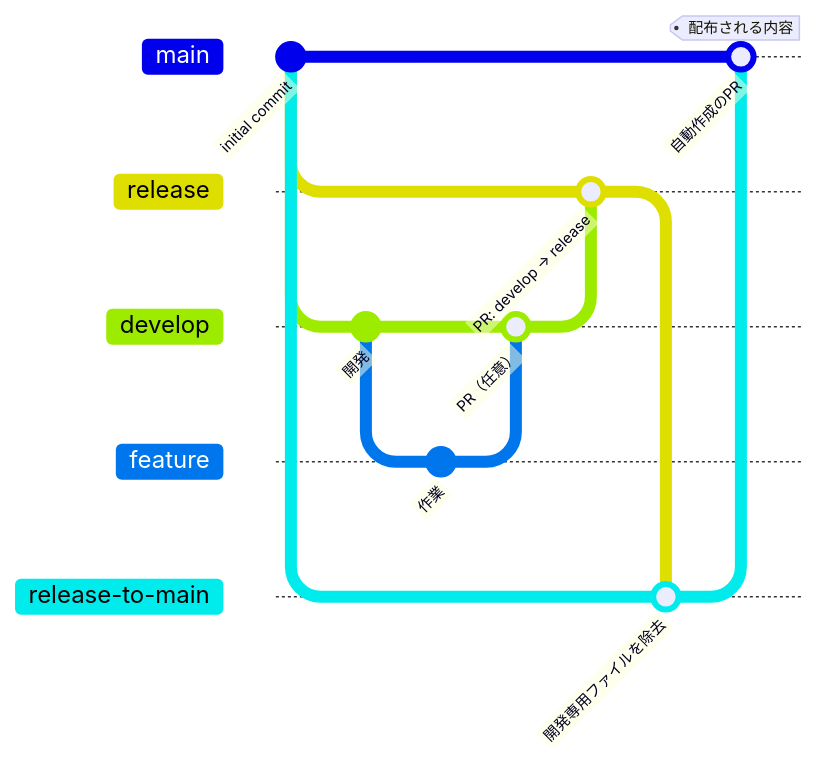
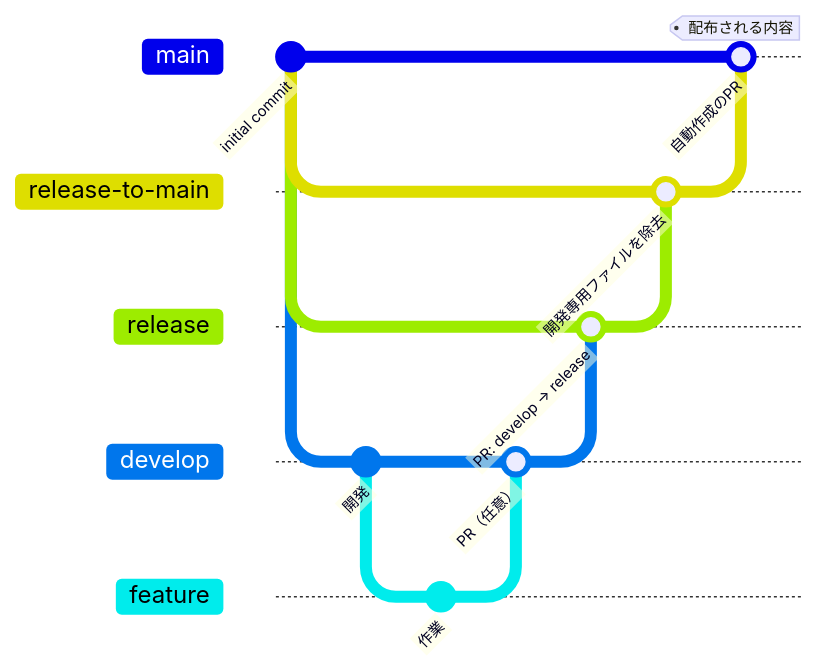
Before and after one commit to wire2c7/template-repo: the diagram in TEMPLATE_DEVELOPMENT.md, drawn with Mermaid.

Commit message:
docs: ブランチ運用の図をmainに近い順に並べる

````diff
--- a/TEMPLATE_DEVELOPMENT.md
+++ b/TEMPLATE_DEVELOPMENT.md
@@ -10,18 +10,18 @@
 ```mermaid
 gitGraph
   commit id: "initial commit"
-  branch release
-  branch develop
+  branch release order: 2
+  branch develop order: 3
   commit id: "開発"
-  branch feature
+  branch feature order: 4
   commit id: "作業"
   checkout develop
   merge feature id: "PR（任意）"
   checkout release
   merge develop id: "PR: develop → release"
   checkout main
-  branch release-to-main
+  branch release-to-main order: 1
   merge release id: "開発専用ファイルを除去"
   checkout main
   merge release-to-main id: "自動作成のPR" tag: "配布される内容"
 ```
````
